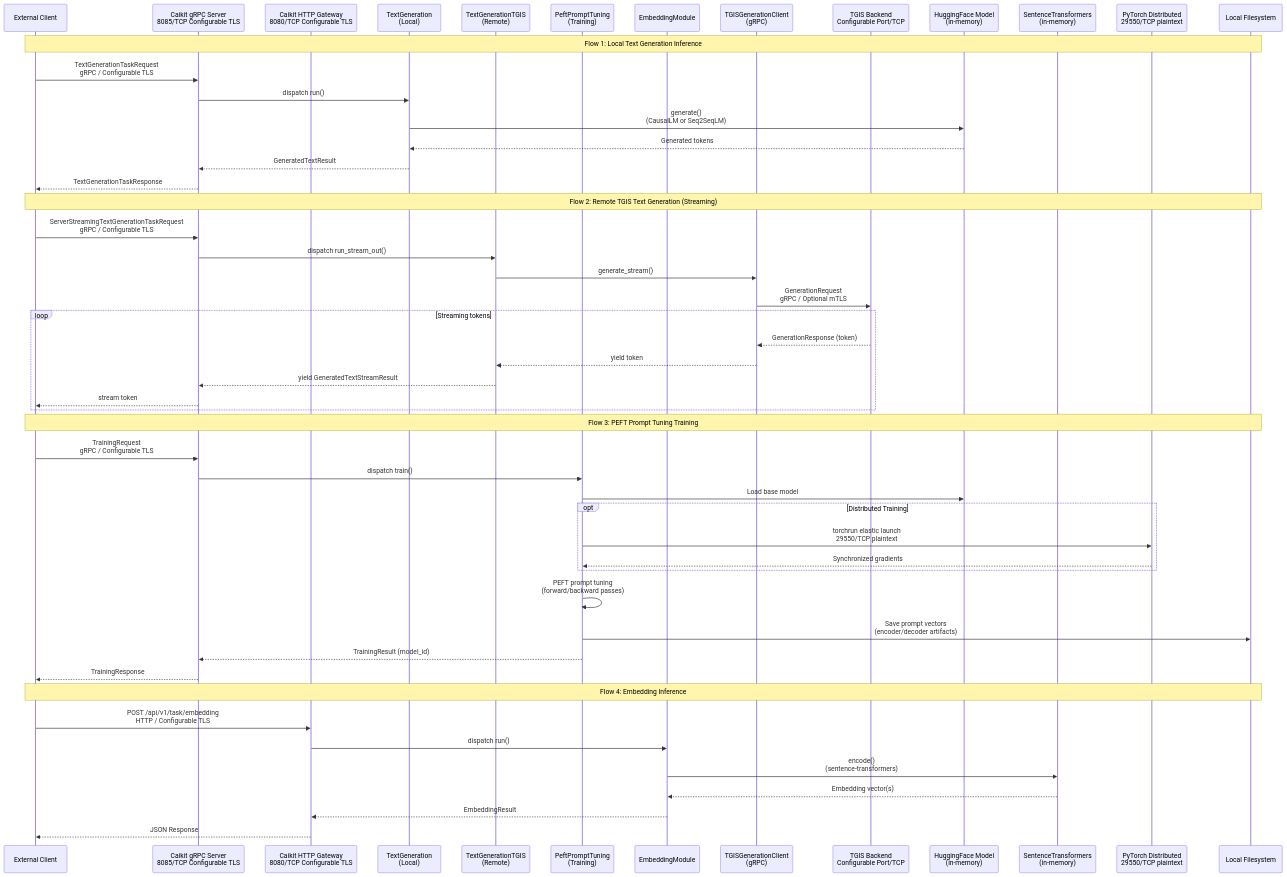
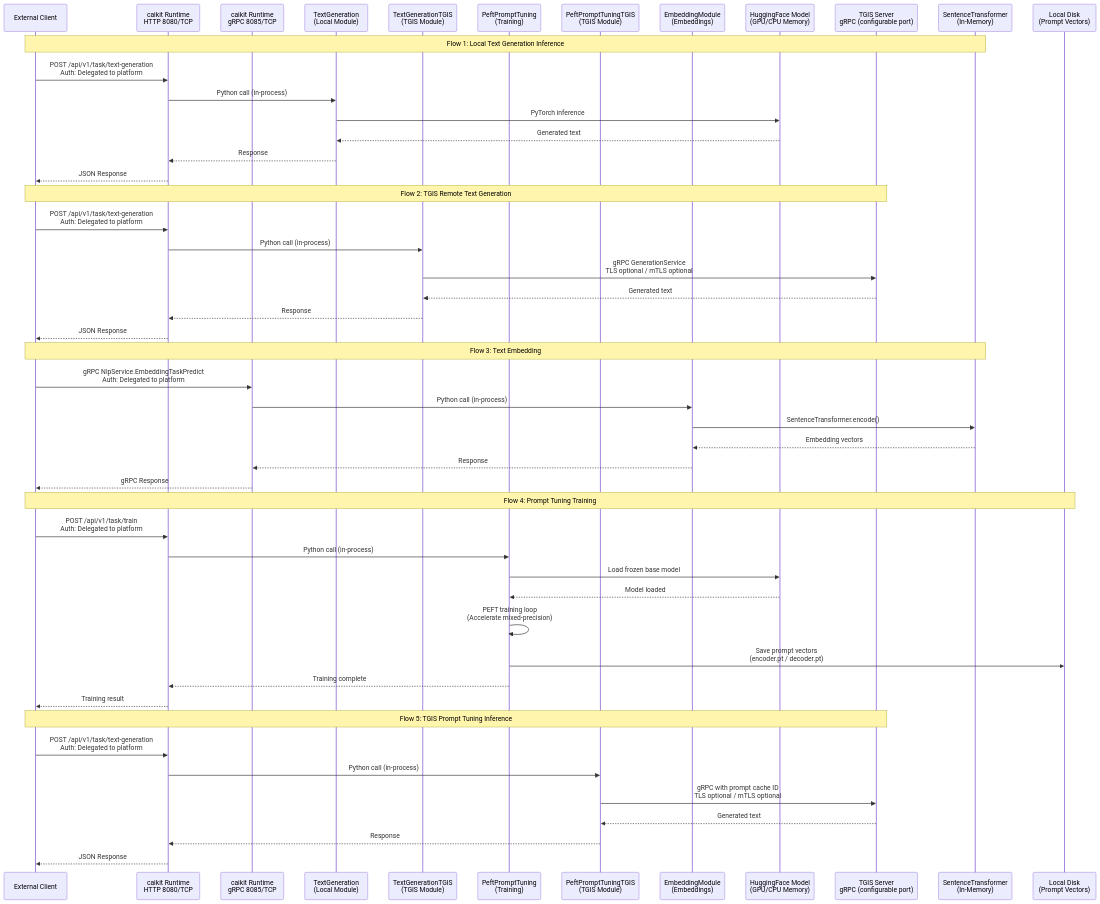
The diagram in architecture/rhoai.next/diagrams/caikit-nlp-dataflow.mmd (rhuss/architecture-context), drawn with Mermaid before and after one commit. The commit also changed 944 other files, not shown here.

```diff
--- a/architecture/rhoai.next/diagrams/caikit-nlp-dataflow.mmd
+++ b/architecture/rhoai.next/diagrams/caikit-nlp-dataflow.mmd
@@ -1,55 +1,60 @@
 sequenceDiagram
     participant Client as External Client
-    participant gRPC as Caikit gRPC Server<br/>8085/TCP Configurable TLS
-    participant HTTP as Caikit HTTP Gateway<br/>8080/TCP Configurable TLS
-    participant TextGenLocal as TextGeneration<br/>(Local)
-    participant TextGenTGIS as TextGenerationTGIS<br/>(Remote)
-    participant PeftTuning as PeftPromptTuning<br/>(Training)
-    participant EmbedMod as EmbeddingModule
-    participant TGISClient as TGISGenerationClient<br/>(gRPC)
-    participant TGIS as TGIS Backend<br/>Configurable Port/TCP
-    participant HFModel as HuggingFace Model<br/>(in-memory)
-    participant STModel as SentenceTransformers<br/>(in-memory)
-    participant Distributed as PyTorch Distributed<br/>29550/TCP plaintext
-    participant FS as Local Filesystem
+    participant HTTP as caikit Runtime<br/>HTTP 8080/TCP
+    participant GRPC as caikit Runtime<br/>gRPC 8085/TCP
+    participant TextGen as TextGeneration<br/>(Local Module)
+    participant TextGenTGIS as TextGenerationTGIS<br/>(TGIS Module)
+    participant PeftTrain as PeftPromptTuning<br/>(Training)
+    participant PeftTGIS as PeftPromptTuningTGIS<br/>(TGIS Module)
+    participant EmbMod as EmbeddingModule<br/>(Embeddings)
+    participant HFModel as HuggingFace Model<br/>(GPU/CPU Memory)
+    participant TGIS as TGIS Server<br/>gRPC (configurable port)
+    participant STModel as SentenceTransformer<br/>(In-Memory)
+    participant Disk as Local Disk<br/>(Prompt Vectors)
 
-    Note over Client,FS: Flow 1: Local Text Generation Inference
-    Client->>gRPC: TextGenerationTaskRequest<br/>gRPC / Configurable TLS
-    gRPC->>TextGenLocal: dispatch run()
-    TextGenLocal->>HFModel: generate()<br/>(CausalLM or Seq2SeqLM)
-    HFModel-->>TextGenLocal: Generated tokens
-    TextGenLocal-->>gRPC: GeneratedTextResult
-    gRPC-->>Client: TextGenerationTaskResponse
+    Note over Client,STModel: Flow 1: Local Text Generation Inference
 
-    Note over Client,FS: Flow 2: Remote TGIS Text Generation (Streaming)
-    Client->>gRPC: ServerStreamingTextGenerationTaskRequest<br/>gRPC / Configurable TLS
-    gRPC->>TextGenTGIS: dispatch run_stream_out()
-    TextGenTGIS->>TGISClient: generate_stream()
-    TGISClient->>TGIS: GenerationRequest<br/>gRPC / Optional mTLS
-    loop Streaming tokens
-        TGIS-->>TGISClient: GenerationResponse (token)
-        TGISClient-->>TextGenTGIS: yield token
-        TextGenTGIS-->>gRPC: yield GeneratedTextStreamResult
-        gRPC-->>Client: stream token
-    end
+    Client->>HTTP: POST /api/v1/task/text-generation<br/>Auth: Delegated to platform
+    HTTP->>TextGen: Python call (in-process)
+    TextGen->>HFModel: PyTorch inference
+    HFModel-->>TextGen: Generated text
+    TextGen-->>HTTP: Response
+    HTTP-->>Client: JSON Response
 
-    Note over Client,FS: Flow 3: PEFT Prompt Tuning Training
-    Client->>gRPC: TrainingRequest<br/>gRPC / Configurable TLS
-    gRPC->>PeftTuning: dispatch train()
-    PeftTuning->>HFModel: Load base model
-    opt Distributed Training
-        PeftTuning->>Distributed: torchrun elastic launch<br/>29550/TCP plaintext
-        Distributed-->>PeftTuning: Synchronized gradients
-    end
-    PeftTuning->>PeftTuning: PEFT prompt tuning<br/>(forward/backward passes)
-    PeftTuning->>FS: Save prompt vectors<br/>(encoder/decoder artifacts)
-    PeftTuning-->>gRPC: TrainingResult (model_id)
-    gRPC-->>Client: TrainingResponse
+    Note over Client,TGIS: Flow 2: TGIS Remote Text Generation
 
-    Note over Client,FS: Flow 4: Embedding Inference
-    Client->>HTTP: POST /api/v1/task/embedding<br/>HTTP / Configurable TLS
-    HTTP->>EmbedMod: dispatch run()
-    EmbedMod->>STModel: encode()<br/>(sentence-transformers)
-    STModel-->>EmbedMod: Embedding vector(s)
-    EmbedMod-->>HTTP: EmbeddingResult
+    Client->>HTTP: POST /api/v1/task/text-generation<br/>Auth: Delegated to platform
+    HTTP->>TextGenTGIS: Python call (in-process)
+    TextGenTGIS->>TGIS: gRPC GenerationService<br/>TLS optional / mTLS optional
+    TGIS-->>TextGenTGIS: Generated text
+    TextGenTGIS-->>HTTP: Response
     HTTP-->>Client: JSON Response
+
+    Note over Client,STModel: Flow 3: Text Embedding
+
+    Client->>GRPC: gRPC NlpService.EmbeddingTaskPredict<br/>Auth: Delegated to platform
+    GRPC->>EmbMod: Python call (in-process)
+    EmbMod->>STModel: SentenceTransformer.encode()
+    STModel-->>EmbMod: Embedding vectors
+    EmbMod-->>GRPC: Response
+    GRPC-->>Client: gRPC Response
+
+    Note over Client,Disk: Flow 4: Prompt Tuning Training
+
+    Client->>HTTP: POST /api/v1/task/train<br/>Auth: Delegated to platform
+    HTTP->>PeftTrain: Python call (in-process)
+    PeftTrain->>HFModel: Load frozen base model
+    HFModel-->>PeftTrain: Model loaded
+    PeftTrain->>PeftTrain: PEFT training loop<br/>(Accelerate mixed-precision)
+    PeftTrain->>Disk: Save prompt vectors<br/>(encoder.pt / decoder.pt)
+    PeftTrain-->>HTTP: Training complete
+    HTTP-->>Client: Training result
+
+    Note over Client,TGIS: Flow 5: TGIS Prompt Tuning Inference
+
+    Client->>HTTP: POST /api/v1/task/text-generation<br/>Auth: Delegated to platform
+    HTTP->>PeftTGIS: Python call (in-process)
+    PeftTGIS->>TGIS: gRPC with prompt cache ID<br/>TLS optional / mTLS optional
+    TGIS-->>PeftTGIS: Generated text
+    PeftTGIS-->>HTTP: Response
+    HTTP-->>Client: JSON Response
```
